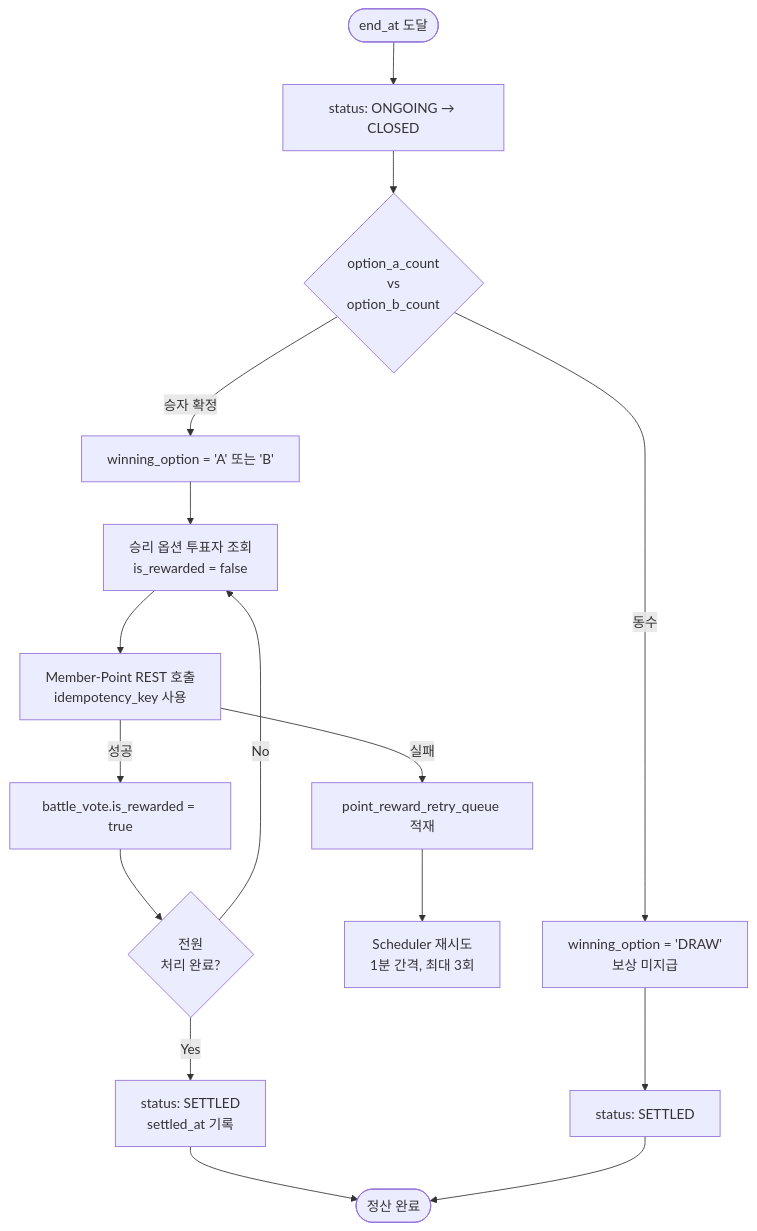
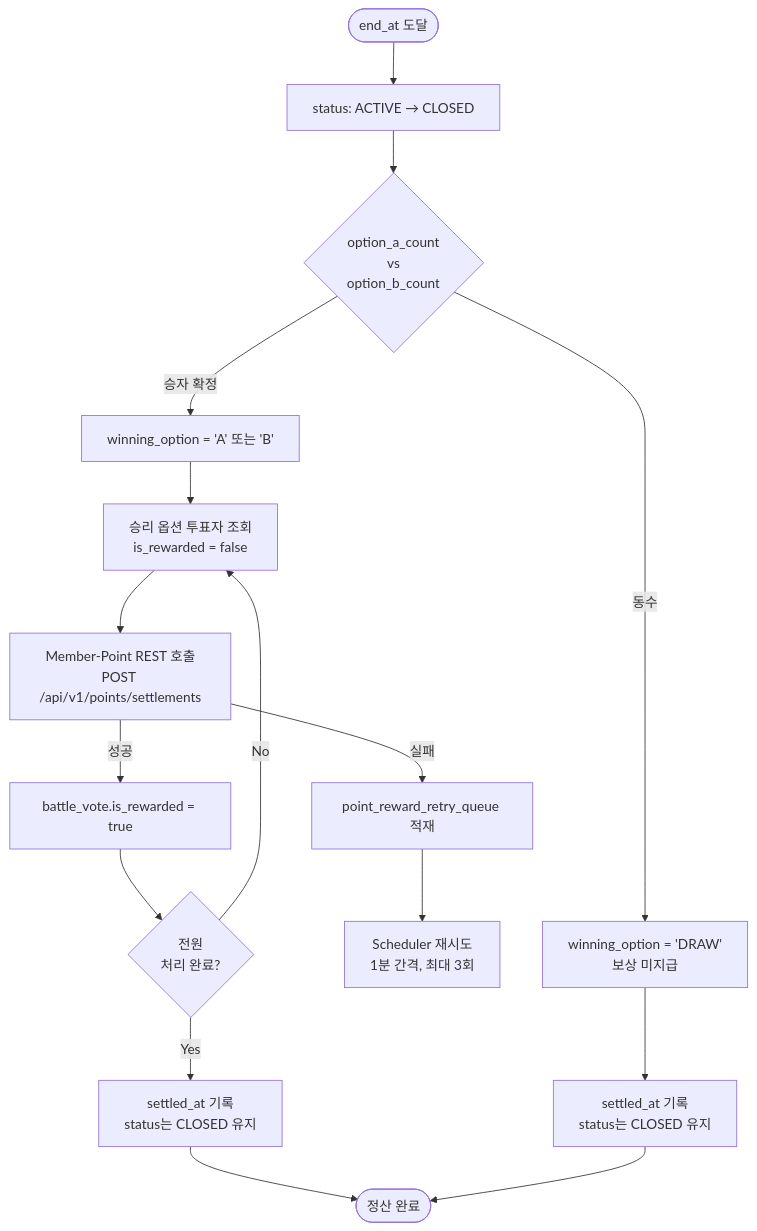
One commit to K-Ghwan99/todongsan changed the fourth of 4 diagrams in docs/battle/BATTLE_ERD.md. Above: the diagram before and after it, drawn with Mermaid. The commit also changed other lines of this file and 2 other files, not shown here.

````diff
--- a/docs/battle/BATTLE_ERD.md
+++ b/docs/battle/BATTLE_ERD.md
@@ -243,18 +263,18 @@
 ```mermaid
 flowchart TD
-    Start([end_at 도달]) --> S1[status: ONGOING → CLOSED]
+    Start([end_at 도달]) --> S1[status: ACTIVE → CLOSED]
     S1 --> S2{option_a_count<br/>vs<br/>option_b_count}
     S2 -->|동수| Draw[winning_option = 'DRAW'<br/>보상 미지급]
-    Draw --> End2[status: SETTLED]
+    Draw --> End2[settled_at 기록<br/>status는 CLOSED 유지]
     S2 -->|승자 확정| S3[winning_option = 'A' 또는 'B']
     S3 --> S4[승리 옵션 투표자 조회<br/>is_rewarded = false]
-    S4 --> S5[Member-Point REST 호출<br/>idempotency_key 사용]
+    S4 --> S5[Member-Point REST 호출<br/>POST /api/v1/points/settlements]
     S5 -->|성공| S6[battle_vote.is_rewarded = true]
     S5 -->|실패| Retry[point_reward_retry_queue 적재]
     Retry --> Scheduler[Scheduler 재시도<br/>1분 간격, 최대 3회]
     S6 --> S7{전원<br/>처리 완료?}
     S7 -->|No| S4
-    S7 -->|Yes| End1[status: SETTLED<br/>settled_at 기록]
+    S7 -->|Yes| End1[settled_at 기록<br/>status는 CLOSED 유지]
     End1 --> Done([정산 완료])
     End2 --> Done
 ```
````
